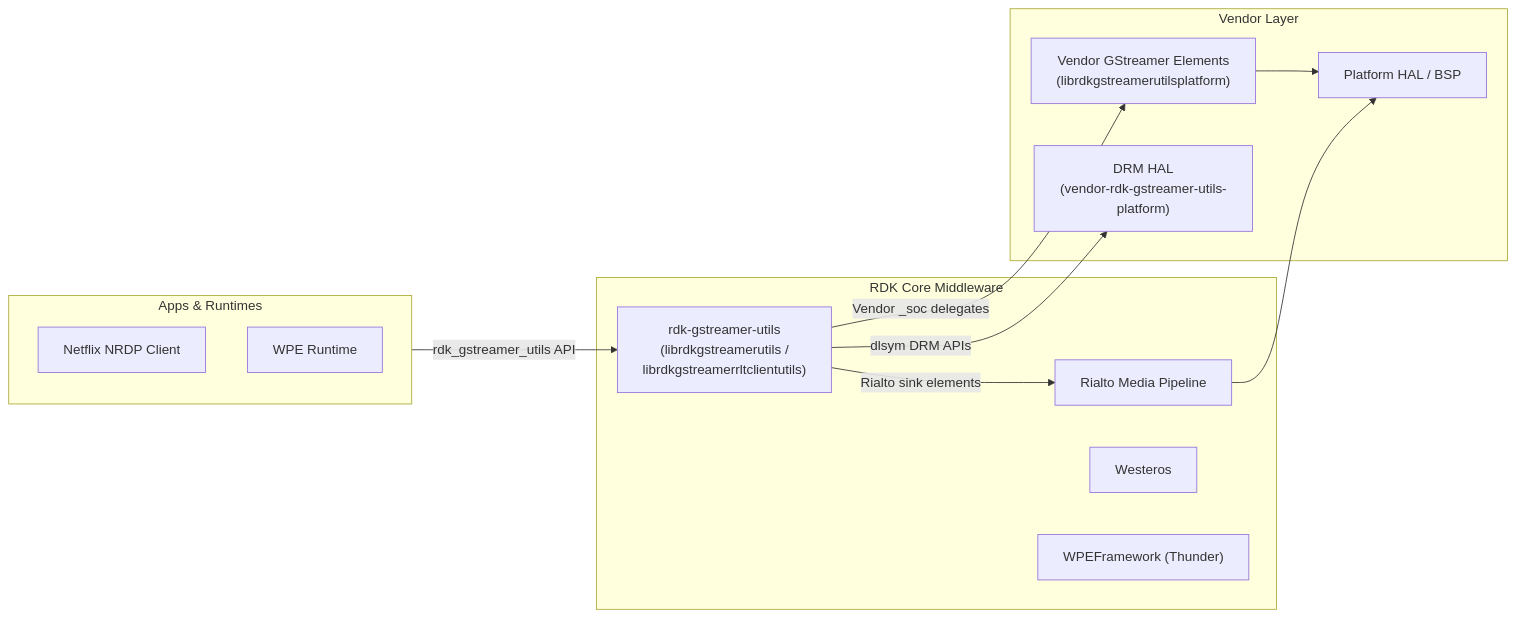
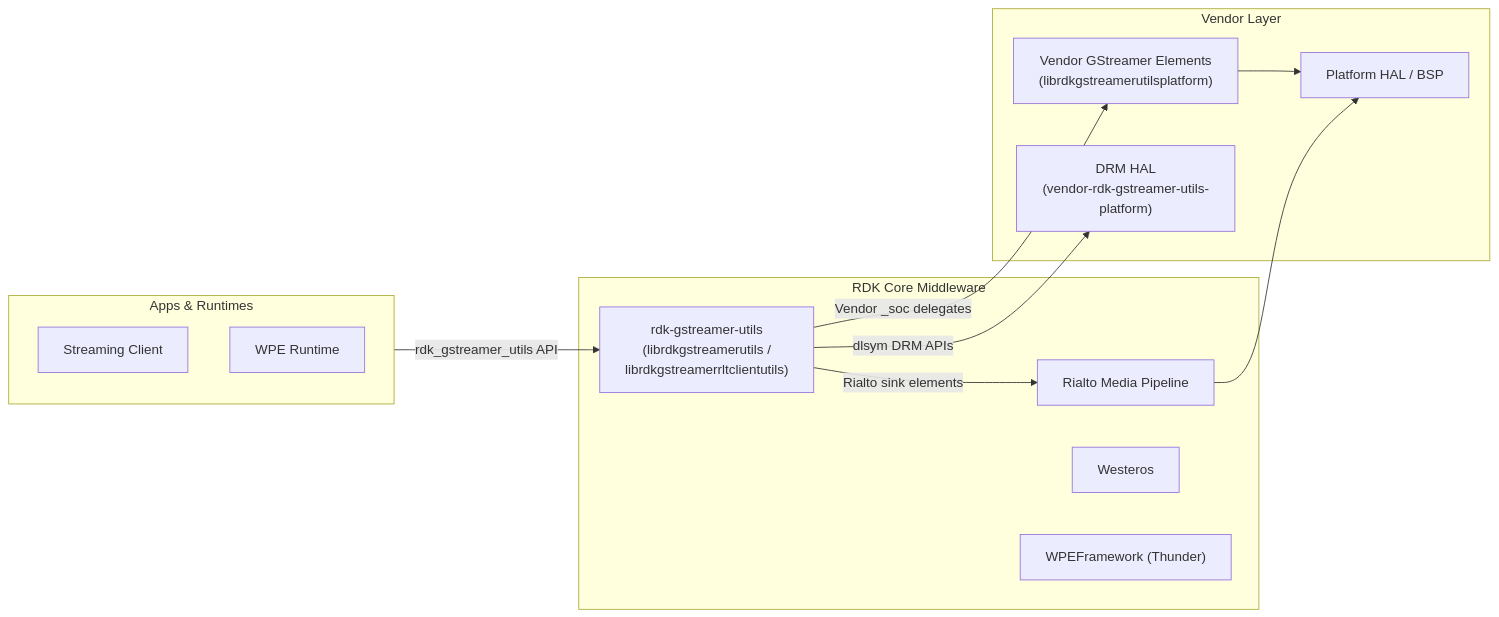
One commit to rns21/RDK_Documentation changed the first of 8 diagrams in docs/docu/RDKV-Documentations/rdkgstreamer-utils.md. Above: the diagram before and after it, drawn with Mermaid. The commit also changed other lines of this file, not shown here.

````diff
--- a/docs/docu/RDKV-Documentations/rdkgstreamer-utils.md
+++ b/docs/docu/RDKV-Documentations/rdkgstreamer-utils.md
@@ -9,37 +9,37 @@
 ```mermaid
 flowchart LR
 
 %% Styles
 classDef Apps stroke:#00B9F1,fill:#E6F7FD,stroke-width:2px;
 classDef RDKMW stroke:#75D701,fill:#F1FFE6,stroke-width:2px;
 classDef VL stroke:#808080,fill:#F2F2F2,stroke-width:2px;
 
 %% Apps Layer
     subgraph Apps["Apps & Runtimes"]
-        NRDP["Netflix NRDP Client"]
+        NRDP["Streaming Client"]
         WPE_RT["WPE Runtime"]
     end
 
 %% Middleware
     subgraph RDKMW["RDK Core Middleware"]
         RGU["rdk-gstreamer-utils\n(librdkgstreamerutils /\nlibrdkgstreamerrltclientutils)"]
         Rialto["Rialto Media Pipeline"]
         Westeros["Westeros"]
         Thunder["WPEFramework (Thunder)"]
     end
 
 %% Vendor Layer
     subgraph VL["Vendor Layer"]
         GST_PLATFORM["Vendor GStreamer Elements\n(librdkgstreamerutilsplatform)"]
         DRM["DRM HAL\n(vendor-rdk-gstreamer-utils-platform)"]
         HAL["Platform HAL / BSP"]
     end
 
     %% Connections
     Apps -->|rdk_gstreamer_utils API| RGU
     RGU -->|Vendor _soc delegates| GST_PLATFORM
     RGU -->|Rialto sink elements| Rialto
     RGU -->|dlsym DRM APIs| DRM
     GST_PLATFORM --> HAL
     Rialto --> HAL
 ```
````
